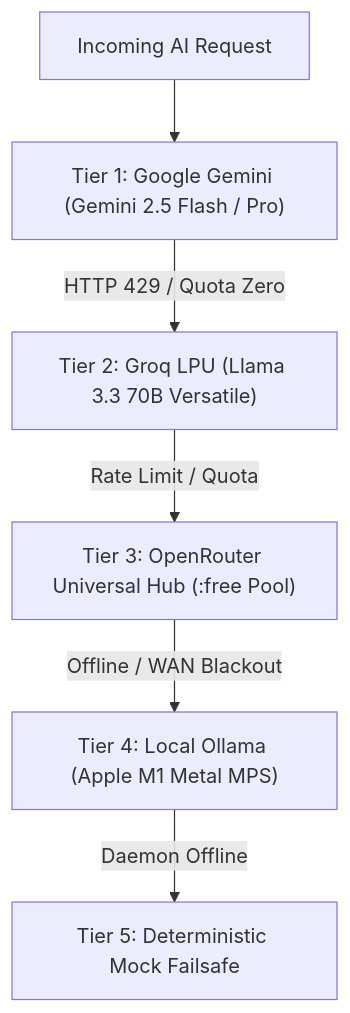
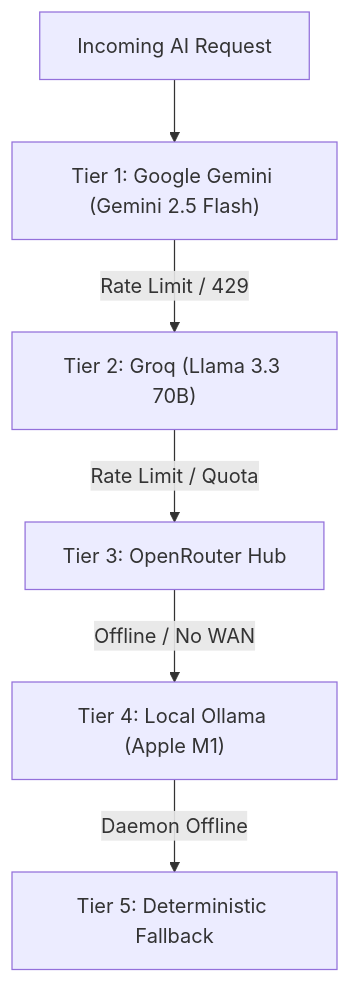
One commit to stefanutc1/datacenter changed the fourth of 4 diagrams in ARCHITECTURE.md. Above: the diagram before and after it, drawn with Mermaid. The commit also changed other lines of this file and 17 other files, not shown here.

````diff
--- a/ARCHITECTURE.md
+++ b/ARCHITECTURE.md
@@ -108,8 +108,8 @@
 ```mermaid
 graph TD
-    Request["Incoming AI Request"] --> T1["Tier 1: Google Gemini (Gemini 2.5 Flash / Pro)"]
-    T1 -->|HTTP 429 / Quota Zero| T2["Tier 2: Groq LPU (Llama 3.3 70B Versatile)"]
-    T2 -->|Rate Limit / Quota| T3["Tier 3: OpenRouter Universal Hub (:free Pool)"]
-    T3 -->|Offline / WAN Blackout| T4["Tier 4: Local Ollama (Apple M1 Metal MPS)"]
-    T4 -->|Daemon Offline| T5["Tier 5: Deterministic Mock Failsafe"]
+    Request["Incoming AI Request"] --> T1["Tier 1: Google Gemini (Gemini 2.5 Flash)"]
+    T1 -->|Rate Limit / 429| T2["Tier 2: Groq (Llama 3.3 70B)"]
+    T2 -->|Rate Limit / Quota| T3["Tier 3: OpenRouter Hub"]
+    T3 -->|Offline / No WAN| T4["Tier 4: Local Ollama (Apple M1)"]
+    T4 -->|Daemon Offline| T5["Tier 5: Deterministic Fallback"]
 ```
````
